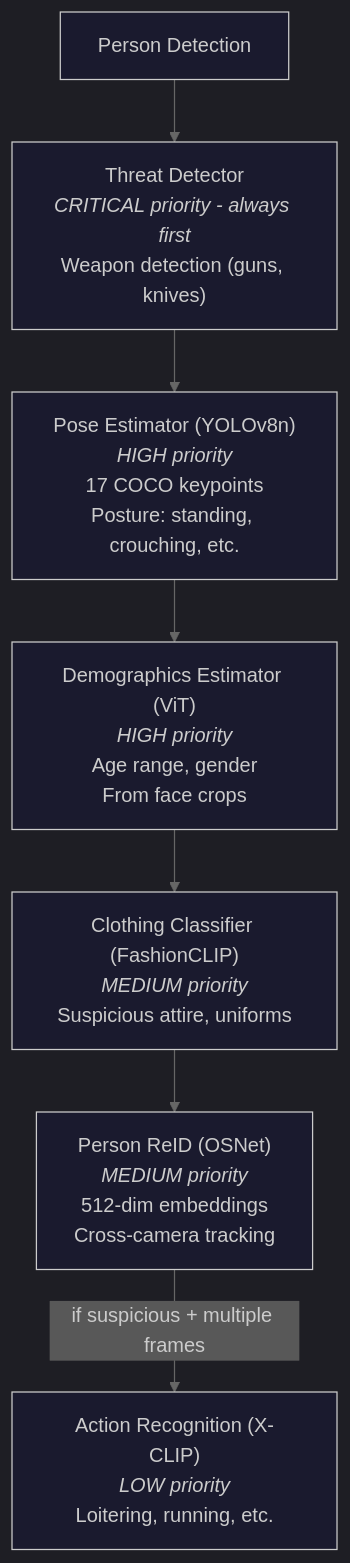
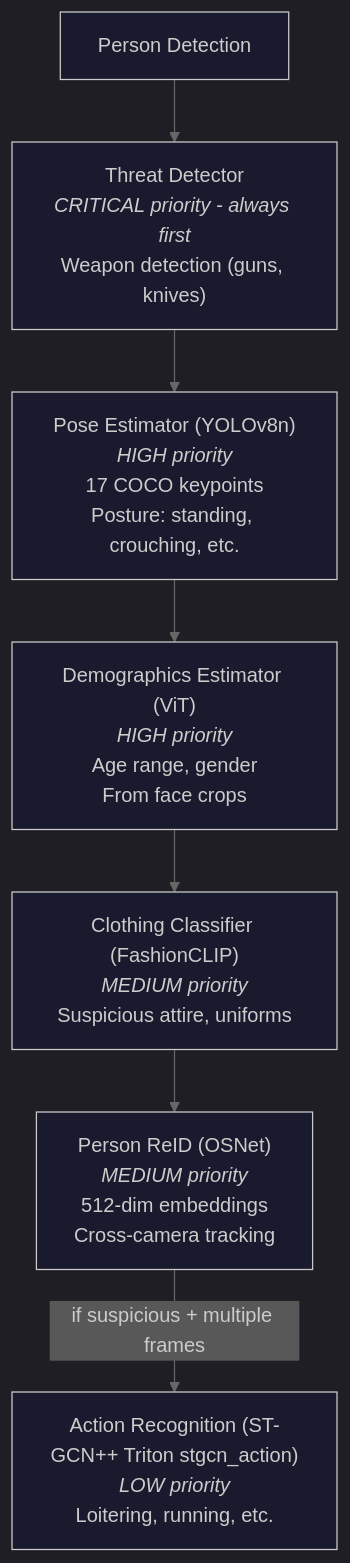
Before and after one commit to mikesvoboda/nemotron-v3-home-security-intelligence: the second of 4 diagrams in docs/architecture/ai-orchestration/enrichment-pipeline.md, drawn with Mermaid. The commit also changed other lines of this file and 143 other files, not shown here.

````diff
--- a/docs/architecture/ai-orchestration/enrichment-pipeline.md
+++ b/docs/architecture/ai-orchestration/enrichment-pipeline.md
@@ -91,29 +91,29 @@
 ```mermaid
 %%{init: {
   'theme': 'dark',
   'themeVariables': {
     'primaryColor': '#3B82F6',
     'primaryTextColor': '#FFFFFF',
     'primaryBorderColor': '#60A5FA',
     'secondaryColor': '#A855F7',
     'tertiaryColor': '#009688',
     'background': '#121212',
     'mainBkg': '#1a1a2e',
     'lineColor': '#666666'
   }
 }}%%
 flowchart TB
     PD[Person Detection]
 
     PD --> TD["Threat Detector<br/><i>CRITICAL priority - always first</i><br/>Weapon detection (guns, knives)"]
 
     TD --> PE["Pose Estimator (YOLOv8n)<br/><i>HIGH priority</i><br/>17 COCO keypoints<br/>Posture: standing, crouching, etc."]
 
     PE --> DE["Demographics Estimator (ViT)<br/><i>HIGH priority</i><br/>Age range, gender<br/>From face crops"]
 
     DE --> CC["Clothing Classifier (FashionCLIP)<br/><i>MEDIUM priority</i><br/>Suspicious attire, uniforms"]
 
     CC --> PR["Person ReID (OSNet)<br/><i>MEDIUM priority</i><br/>512-dim embeddings<br/>Cross-camera tracking"]
 
-    PR -->|"if suspicious + multiple frames"| AR["Action Recognition (X-CLIP)<br/><i>LOW priority</i><br/>Loitering, running, etc."]
+    PR -->|"if suspicious + multiple frames"| AR["Action Recognition (ST-GCN++ Triton stgcn_action)<br/><i>LOW priority</i><br/>Loitering, running, etc."]
 ```
````
